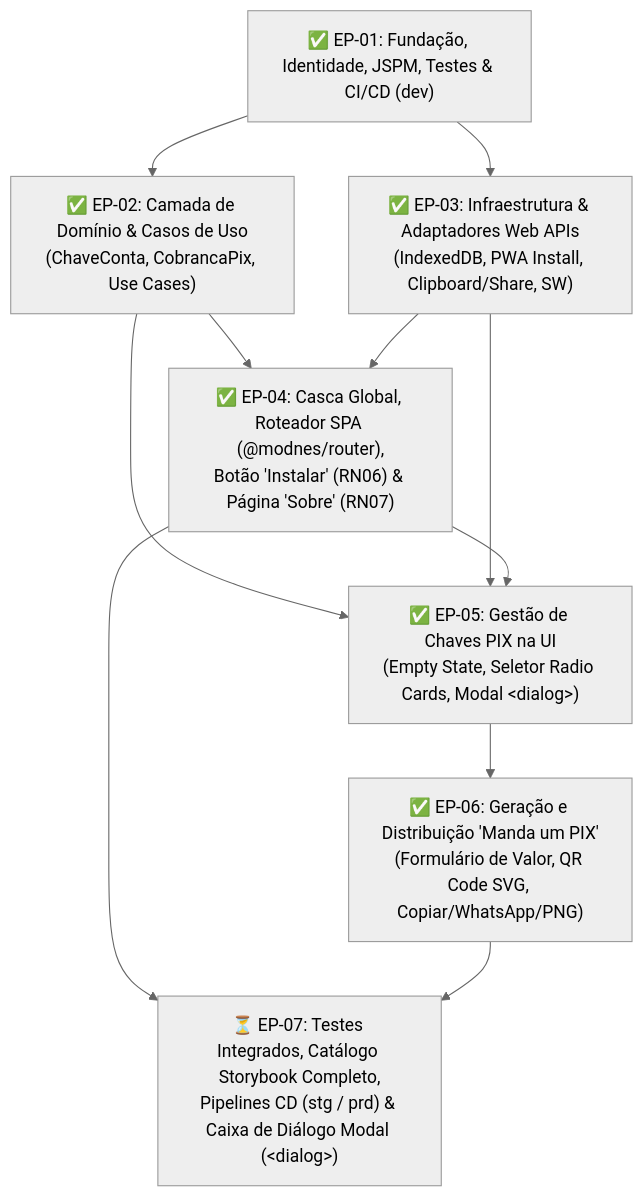
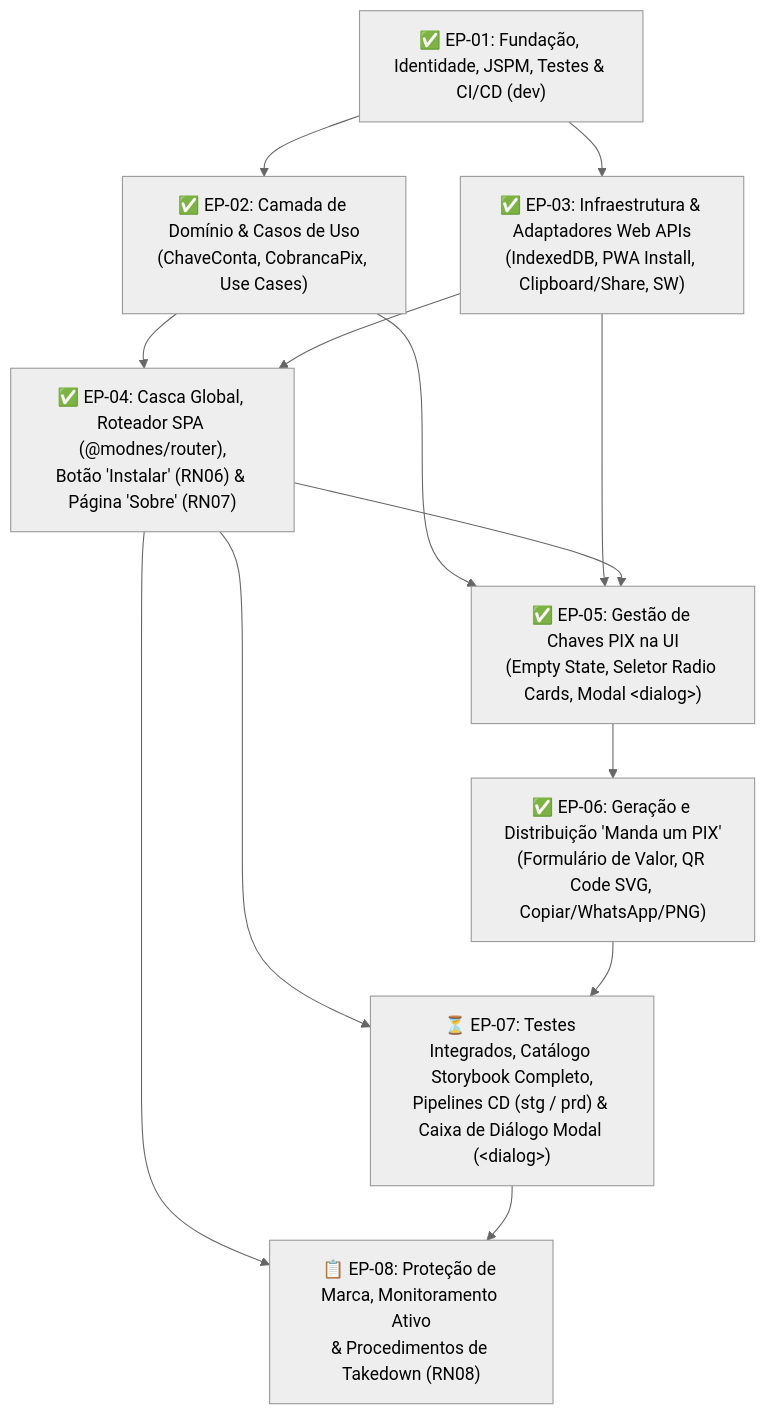
Before and after one commit to luizcanet/mandaumpix.app: the first of 12 diagrams in docs/business/backlog.md, drawn with Mermaid (neutral theme). The commit also changed other lines of this file and 5 other files, not shown here.

````diff
--- a/docs/business/backlog.md
+++ b/docs/business/backlog.md
@@ -25,18 +26,20 @@
 ```mermaid
 flowchart TD
     EP01["✅ EP-01: Fundação, Identidade, JSPM, Testes & CI/CD (dev)"]
     EP02["✅ EP-02: Camada de Domínio & Casos de Uso<br/>(ChaveConta, CobrancaPix, Use Cases)"]
     EP03["✅ EP-03: Infraestrutura & Adaptadores Web APIs<br/>(IndexedDB, PWA Install, Clipboard/Share, SW)"]
     EP04["✅ EP-04: Casca Global, Roteador SPA (@modnes/router),<br/>Botão 'Instalar' (RN06) & Página 'Sobre' (RN07)"]
     EP05["✅ EP-05: Gestão de Chaves PIX na UI<br/>(Empty State, Seletor Radio Cards, Modal &lt;dialog&gt;)"]
     EP06["✅ EP-06: Geração e Distribuição 'Manda um PIX'<br/>(Formulário de Valor, QR Code SVG, Copiar/WhatsApp/PNG)"]
     EP07["⏳ EP-07: Testes Integrados, Catálogo Storybook Completo,<br/>Pipelines CD (stg / prd) & Caixa de Diálogo Modal (&lt;dialog&gt;)"]
+    EP08["📋 EP-08: Proteção de Marca, Monitoramento Ativo<br/>& Procedimentos de Takedown (RN08)"]
 
     EP01 --> EP02
     EP01 --> EP03
     EP02 --> EP04
     EP03 --> EP04
     EP02 & EP03 & EP04 --> EP05
     EP05 --> EP06
     EP04 & EP06 --> EP07
+    EP04 & EP07 --> EP08
 ```
````
